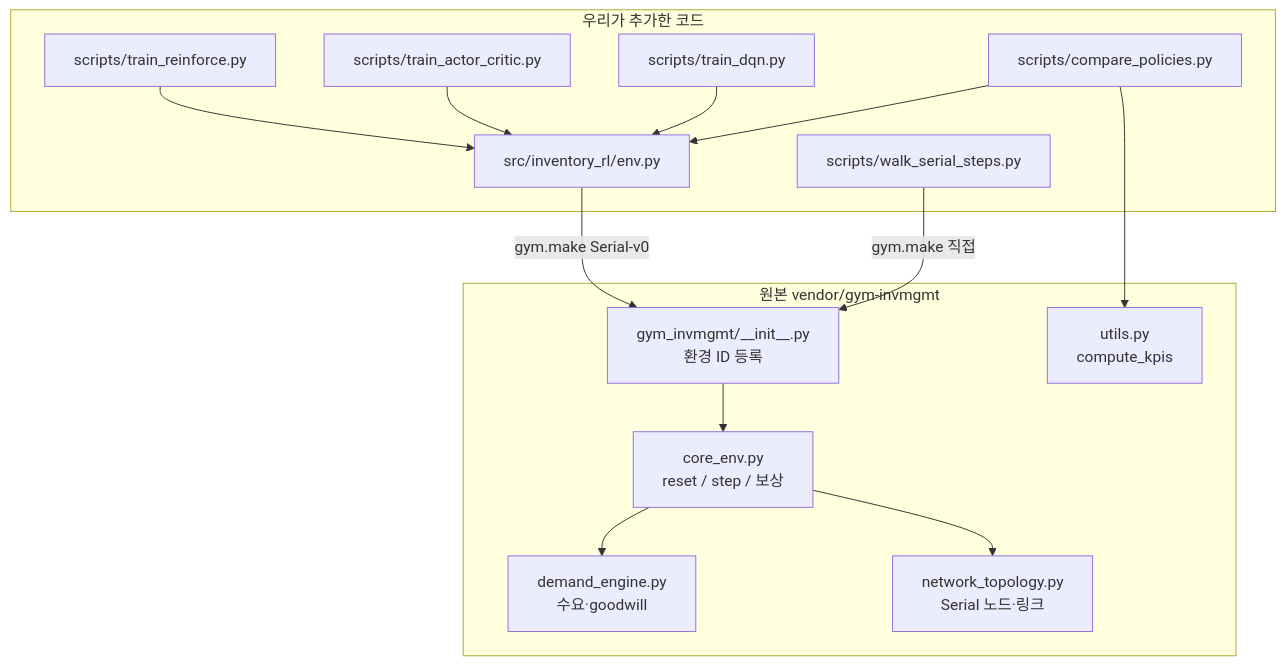
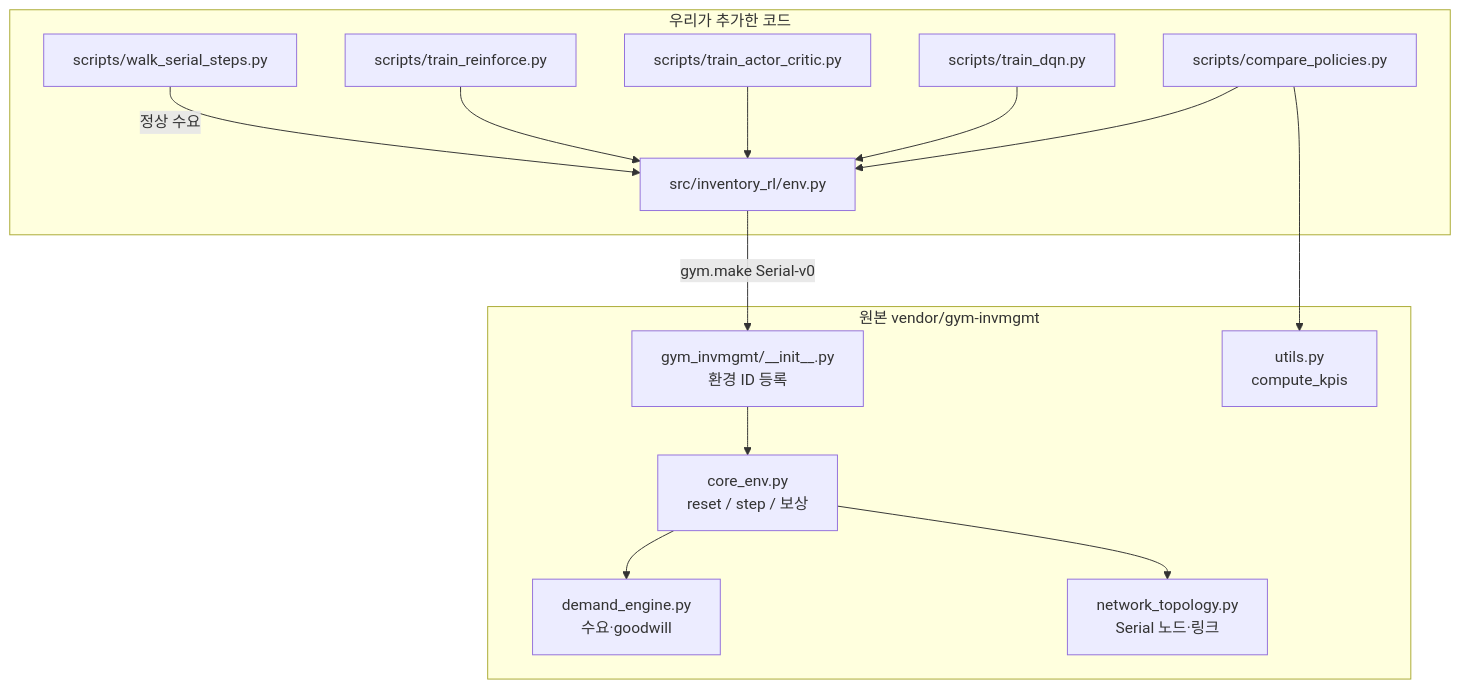
Before and after one commit to oksjjj/inventory-rl-project: the first of 2 diagrams in docs/file_structure.md, drawn with Mermaid. The commit also changed other lines of this file, not shown here.

Commit message:
Align environment diagrams with shared factory

````diff
--- a/docs/file_structure.md
+++ b/docs/file_structure.md
@@ -43,30 +43,30 @@
 ```mermaid
 flowchart TB
   subgraph vendor ["원본 vendor/gym-invmgmt"]
     init["gym_invmgmt/__init__.py<br/>환경 ID 등록"]
     core["core_env.py<br/>reset / step / 보상"]
     demand["demand_engine.py<br/>수요·goodwill"]
     topo["network_topology.py<br/>Serial 노드·링크"]
     kpis["utils.py<br/>compute_kpis"]
     init --> core
     core --> demand
     core --> topo
   end
 
   subgraph ours ["우리가 추가한 코드"]
     env["src/inventory_rl/env.py"]
     walk["scripts/walk_serial_steps.py"]
     train_rf["scripts/train_reinforce.py"]
     train_ac["scripts/train_actor_critic.py"]
     train_dqn["scripts/train_dqn.py"]
     cmp["scripts/compare_policies.py"]
   end
 
   env -->|"gym.make Serial-v0"| init
-  walk -->|"gym.make 직접"| init
+  walk -->|"정상 수요"| env
   train_rf --> env
   train_ac --> env
   train_dqn --> env
   cmp --> env
   cmp --> kpis
 ```
````
